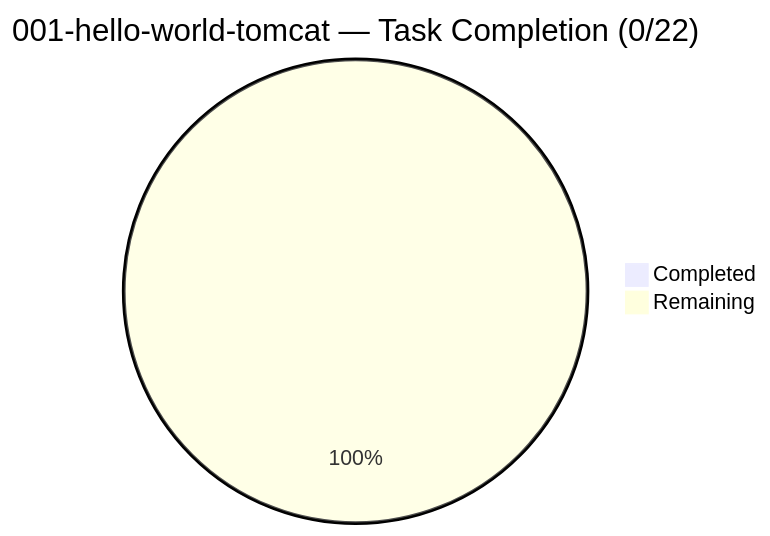
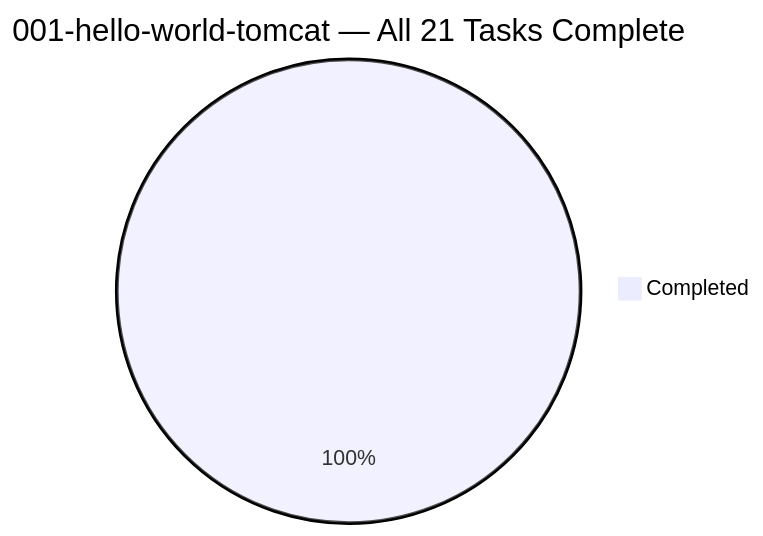
One commit to Anton-Ch/resumainer-java-vue-web-app changed the second of 3 diagrams in specs/001-hello-world-tomcat/feature-status.md. Above: the diagram before and after it, drawn with Mermaid. The commit also changed other lines of this file, not shown here.

First line of the commit message:
docs(feature-status): mark Hello World Tomcat feature complete

````diff
--- a/specs/001-hello-world-tomcat/feature-status.md
+++ b/specs/001-hello-world-tomcat/feature-status.md
@@ -24,5 +25,4 @@
 ```mermaid
-pie title 001-hello-world-tomcat — Task Completion (0/22)
-    "Completed" : 0
-    "Remaining" : 22
+pie title 001-hello-world-tomcat — All 21 Tasks Complete
+    "Completed" : 21
 ```
````
